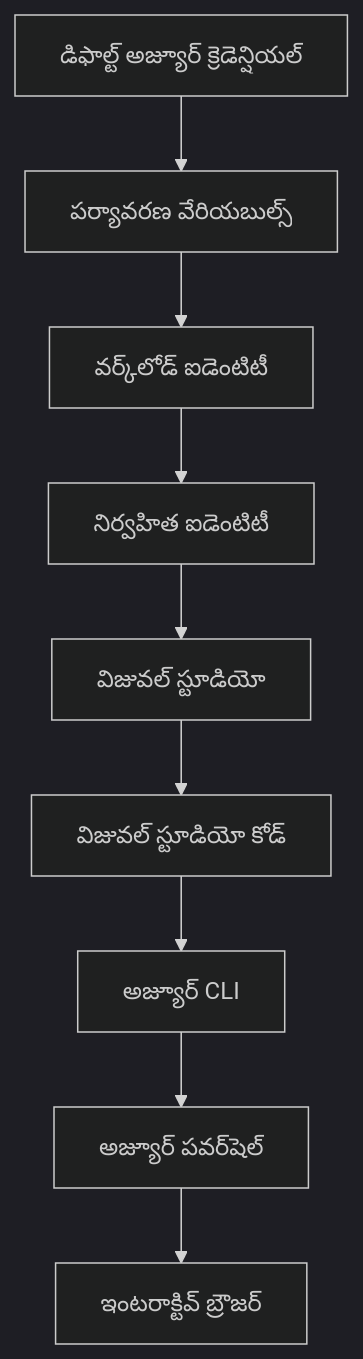
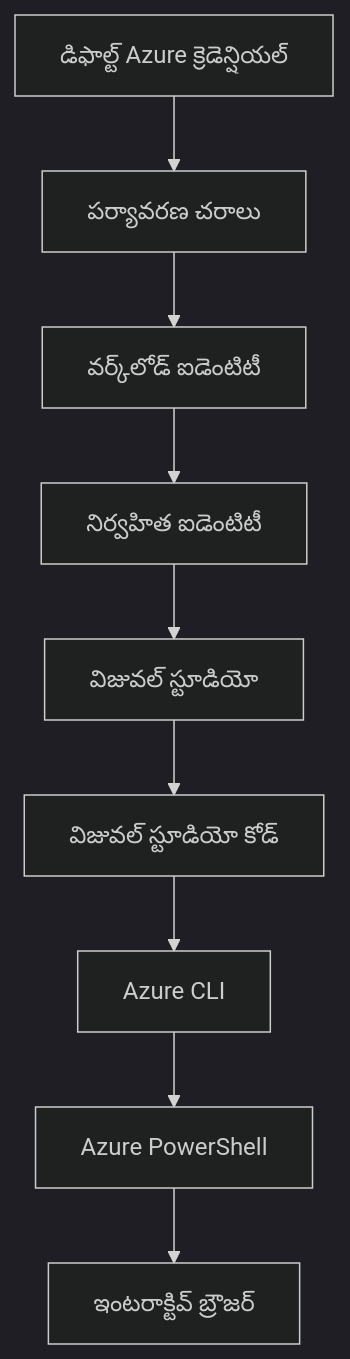
The second of 2 diagrams in translations/te/docs/chapter-01-foundation/azd-basics.md (microsoft/AZD-for-beginners), drawn with Mermaid (dark theme) before and after one commit. The commit also changed other lines of this file and 101 other files, not shown here.

````diff
--- a/translations/te/docs/chapter-01-foundation/azd-basics.md
+++ b/translations/te/docs/chapter-01-foundation/azd-basics.md
@@ -591,11 +592,11 @@
 ```mermaid
 graph TD
-    A[డిఫాల్ట్ అజ్యూర్ క్రెడెన్షియల్] --> B[పర్యావరణ వేరియబుల్స్]
+    A[డిఫాల్ట్ Azure క్రెడెన్షియల్] --> B[పర్యావరణ చరాలు]
     B --> C[వర్క్‌లోడ్ ఐడెంటిటీ]
     C --> D[నిర్వహిత ఐడెంటిటీ]
     D --> E[విజువల్ స్టూడియో]
     E --> F[విజువల్ స్టూడియో కోడ్]
-    F --> G[అజ్యూర్ CLI]
-    G --> H[అజ్యూర్ పవర్‌షెల్]
+    F --> G[Azure CLI]
+    G --> H[Azure PowerShell]
     H --> I[ఇంటరాక్టివ్ బ్రౌజర్]
 ```
````
